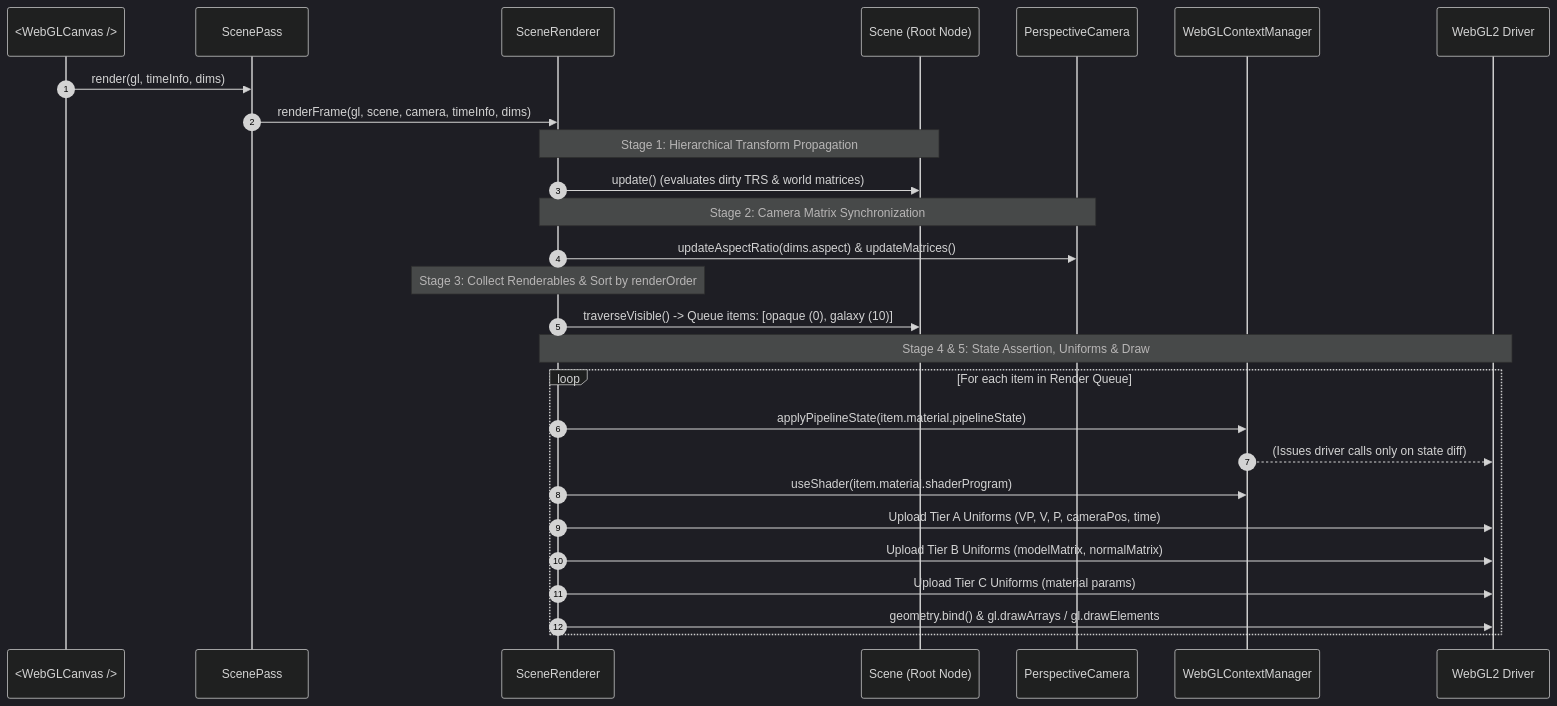
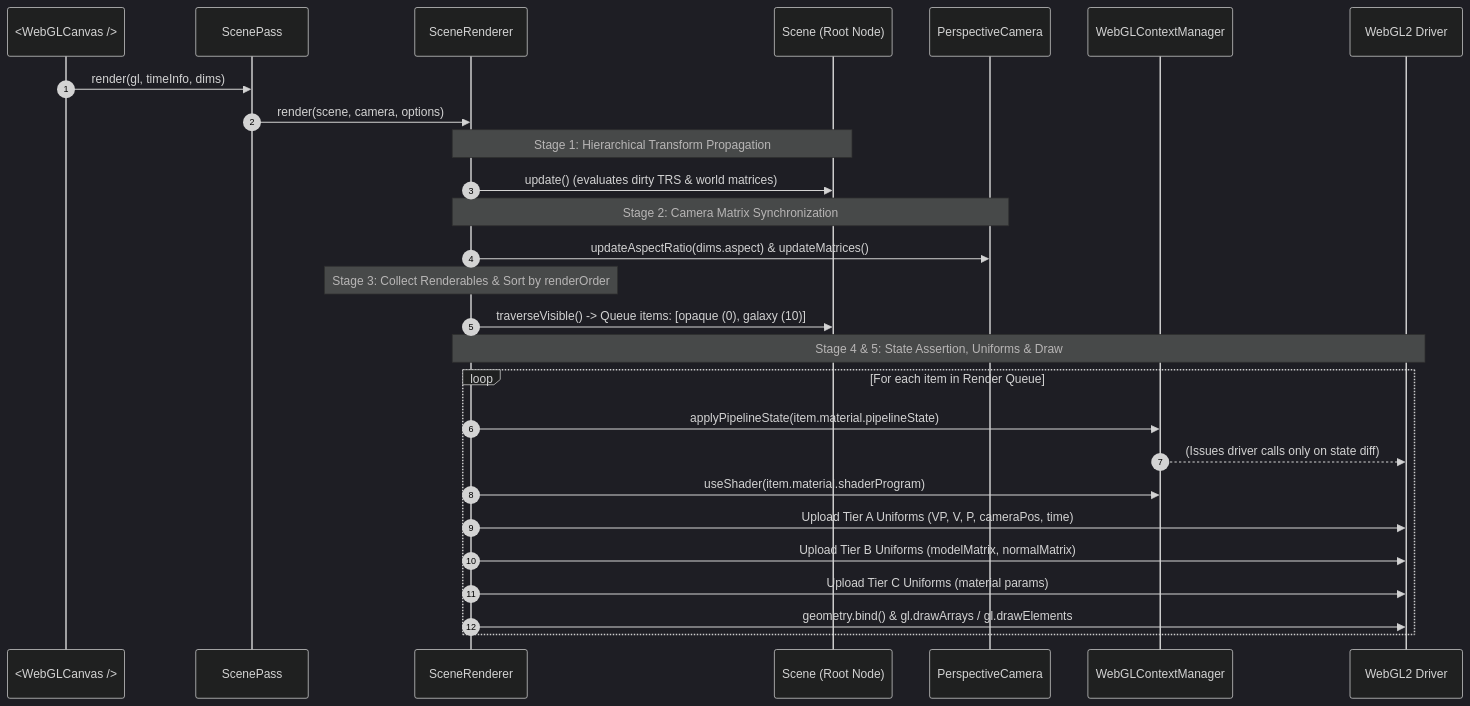
The third of 3 diagrams in src/scene/renderer/scene_render_pipeline_design.md (ReeseJones/website_reesedrjones), drawn with Mermaid (dark theme) before and after one commit. The commit also changed other lines of this file and 6 other files, not shown here.

Commit message:
feat(scene): refine scene renderer interface, eliminate magic numbers, and add unit tests

````diff
--- a/src/scene/renderer/scene_render_pipeline_design.md
+++ b/src/scene/renderer/scene_render_pipeline_design.md
@@ -110,34 +110,34 @@
 ```mermaid
 sequenceDiagram
     autonumber
     participant Canvas as <WebGLCanvas />
     participant Pass as ScenePass
     participant Renderer as SceneRenderer
     participant Scene as Scene (Root Node)
     participant Camera as PerspectiveCamera
     participant Manager as WebGLContextManager
     participant GPU as WebGL2 Driver
 
     Canvas->>Pass: render(gl, timeInfo, dims)
-    Pass->>Renderer: renderFrame(gl, scene, camera, timeInfo, dims)
+    Pass->>Renderer: render(scene, camera, options)
     
     Note over Renderer, Scene: Stage 1: Hierarchical Transform Propagation
     Renderer->>Scene: update() (evaluates dirty TRS & world matrices)
     
     Note over Renderer, Camera: Stage 2: Camera Matrix Synchronization
     Renderer->>Camera: updateAspectRatio(dims.aspect) & updateMatrices()
     
     Note over Renderer: Stage 3: Collect Renderables & Sort by renderOrder
     Renderer->>Scene: traverseVisible() -> Queue items: [opaque (0), galaxy (10)]
     
     Note over Renderer, GPU: Stage 4 & 5: State Assertion, Uniforms & Draw
     loop For each item in Render Queue
         Renderer->>Manager: applyPipelineState(item.material.pipelineState)
         Manager-->>GPU: (Issues driver calls only on state diff)
         Renderer->>Manager: useShader(item.material.shaderProgram)
         Renderer->>GPU: Upload Tier A Uniforms (VP, V, P, cameraPos, time)
         Renderer->>GPU: Upload Tier B Uniforms (modelMatrix, normalMatrix)
         Renderer->>GPU: Upload Tier C Uniforms (material params)
         Renderer->>GPU: geometry.bind() & gl.drawArrays / gl.drawElements
     end
 ```
````
